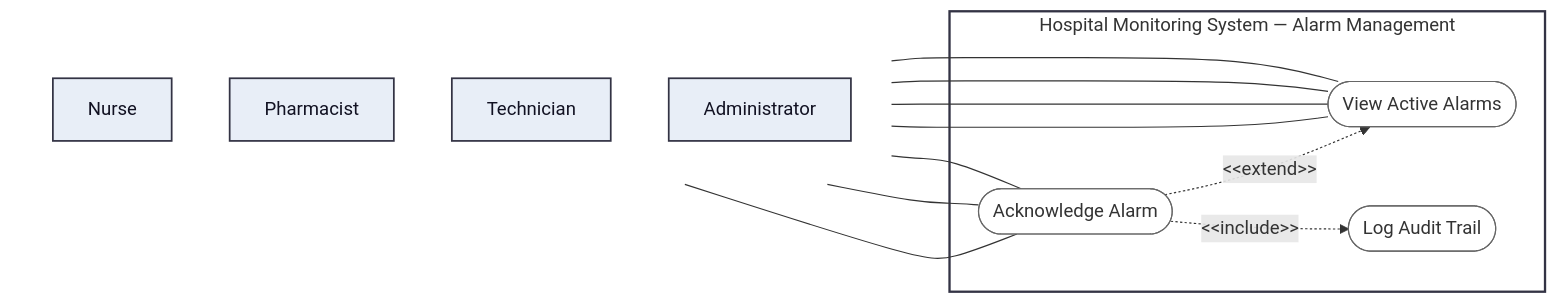
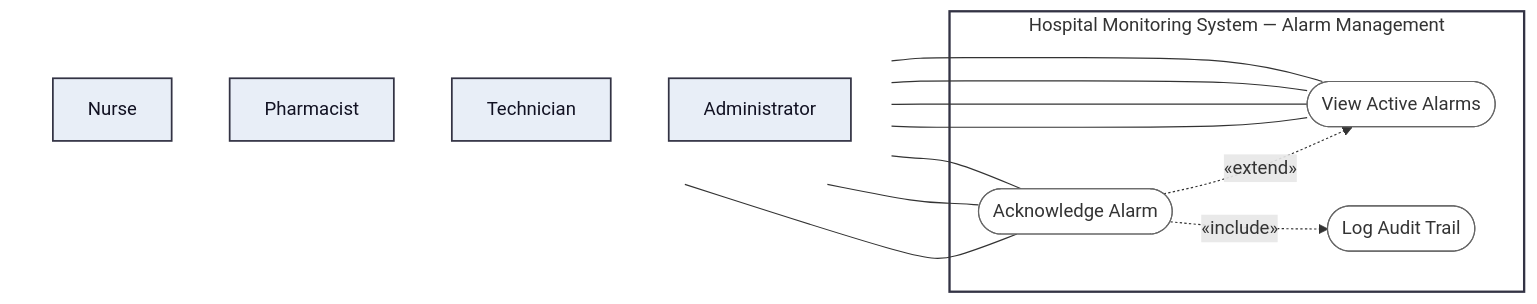
One commit to LukaMrt/3K04-project changed the fifth of 6 diagrams in docs/part-b/diagrams/use-case-diagram.md. Above: the diagram before and after it, drawn with Mermaid. The commit also changed other lines of this file, not shown here.

````diff
--- a/docs/part-b/diagrams/use-case-diagram.md
+++ b/docs/part-b/diagrams/use-case-diagram.md
@@ -181,34 +181,34 @@
 ```mermaid
 flowchart LR
     subgraph Actors[" "]
         direction TB
         Nurse["Nurse"]
         Pharmacist["Pharmacist"]
         Technician["Technician"]
         Admin["Administrator"]
     end
 
     subgraph MS["Hospital Monitoring System — Alarm Management"]
         ViewAlarms(["View Active Alarms"])
         AckAlarm(["Acknowledge Alarm"])
         AuditLog(["Log Audit Trail"])
     end
 
     Nurse --- ViewAlarms
     Pharmacist --- ViewAlarms
     Technician --- ViewAlarms
     Admin --- ViewAlarms
     Nurse --- AckAlarm
     Pharmacist --- AckAlarm
     Technician --- AckAlarm
 
-    AckAlarm -. "&lt;&lt;extend&gt;&gt;" .-> ViewAlarms
-    AckAlarm -. "&lt;&lt;include&gt;&gt;" .-> AuditLog
+    AckAlarm -. "«extend»" .-> ViewAlarms
+    AckAlarm -. "«include»" .-> AuditLog
 
     classDef actor fill:#e8eef7,stroke:#334,stroke-width:1.5px,color:#112;
     classDef usecase fill:#fff,stroke:#666,stroke-width:1px;
     class Nurse,Pharmacist,Technician,Admin actor;
     class ViewAlarms,AckAlarm,AuditLog usecase;
     style Actors fill:none,stroke:none;
     style MS fill:none,stroke:#334,stroke-width:2px;
 ```
````
